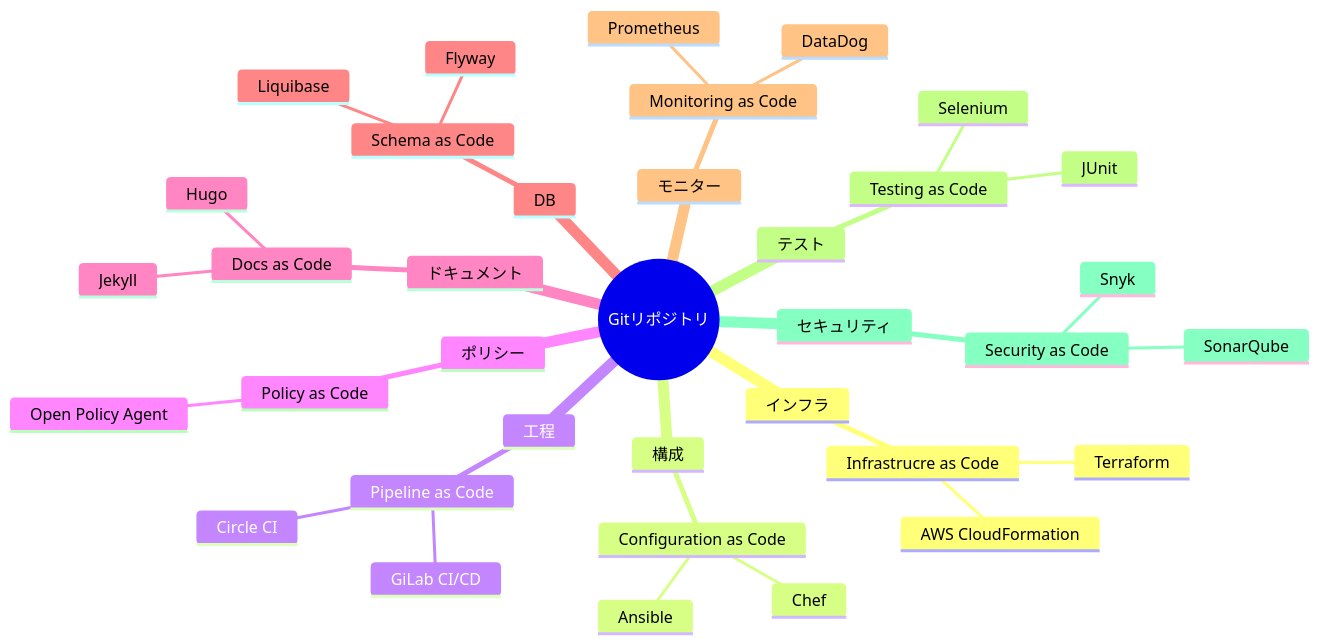
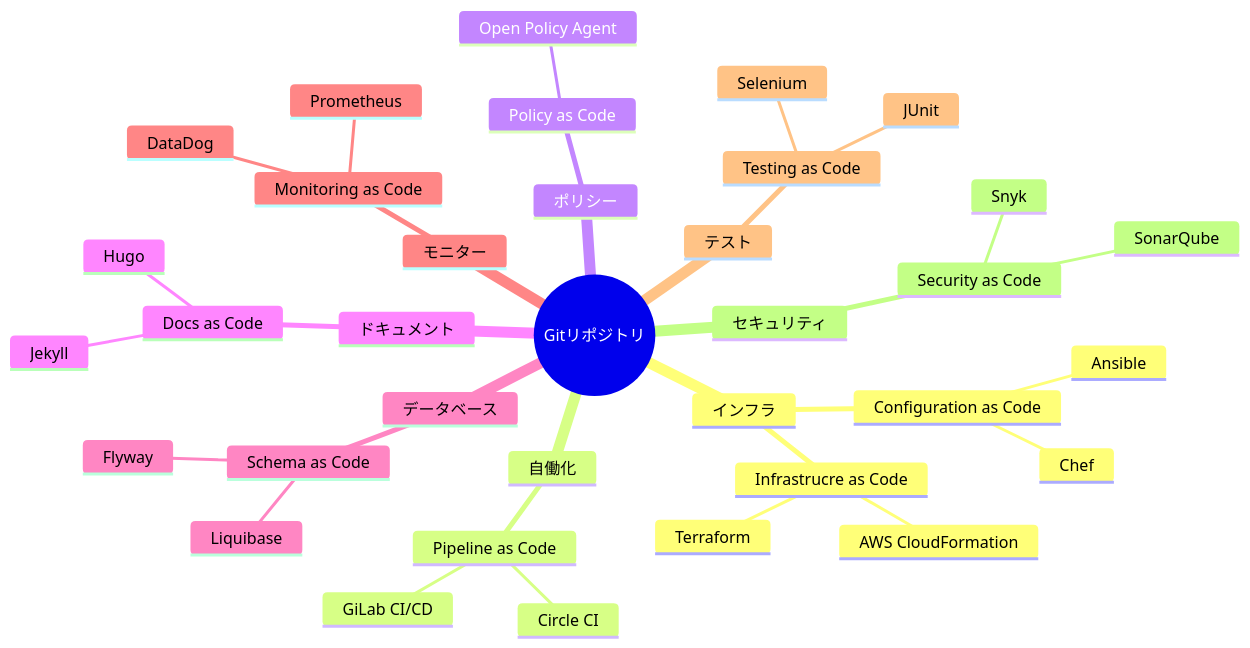
The second of 4 diagrams in pages/gitlab_philosophy/devops_level_assessment.mdx (gongyong/docs), drawn with Mermaid before and after one commit. The commit also changed other lines of this file, not shown here.

Commit message:
Everything as Codeのアプローチと関連技術

````diff
--- a/pages/gitlab_philosophy/devops_level_assessment.mdx
+++ b/pages/gitlab_philosophy/devops_level_assessment.mdx
@@ -158,39 +158,38 @@
 ```mermaid
 mindmap
   root((Gitリポジトリ))
     インフラ
         Infrastrucre as Code
             Terraform
             AWS CloudFormation
-    構成 
         Configuration as Code
             Ansible
             Chef
-    工程
+    自働化
         Pipeline as Code
             GiLab CI/CD
             Circle CI
     ポリシー
         Policy as Code
             Open Policy Agent
     ドキュメント
         Docs as Code
             Jekyll
             Hugo
-    DB
+    データベース
         Schema as Code
             Liquibase
             Flyway
     モニター
         Monitoring as Code
             Prometheus
             DataDog
     テスト
         Testing as Code
             JUnit
             Selenium
     セキュリティ
 　      Security as Code
             SonarQube
             Snyk
 ```
````
